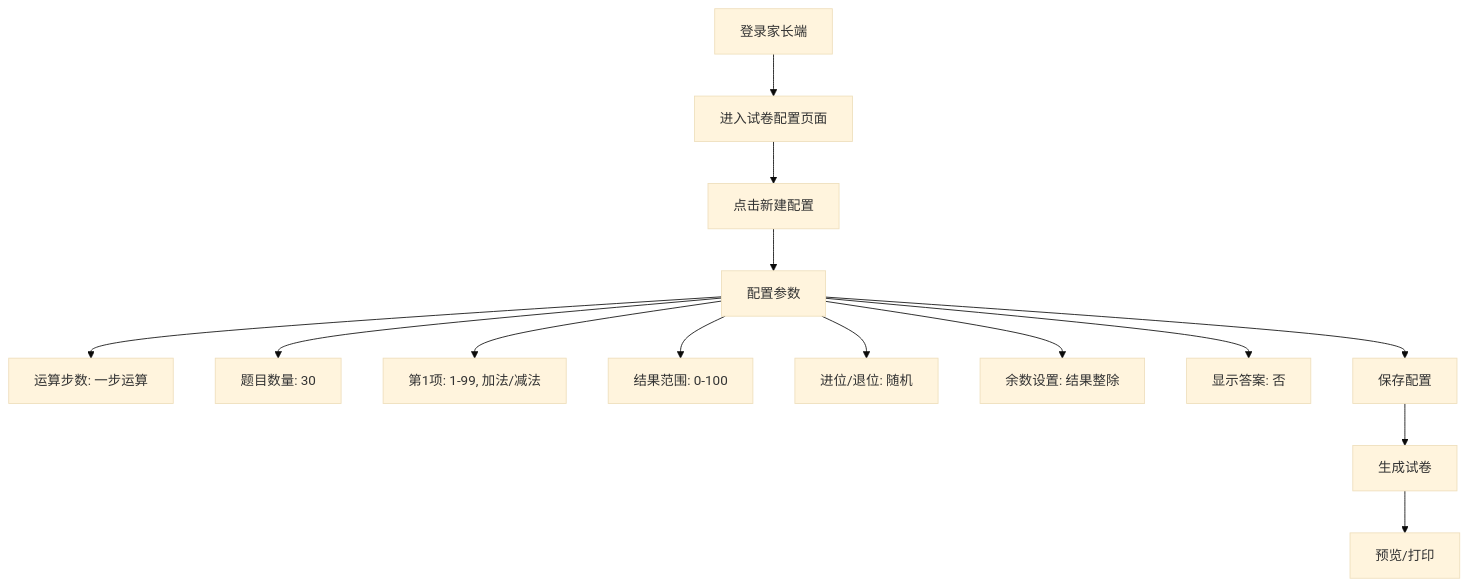
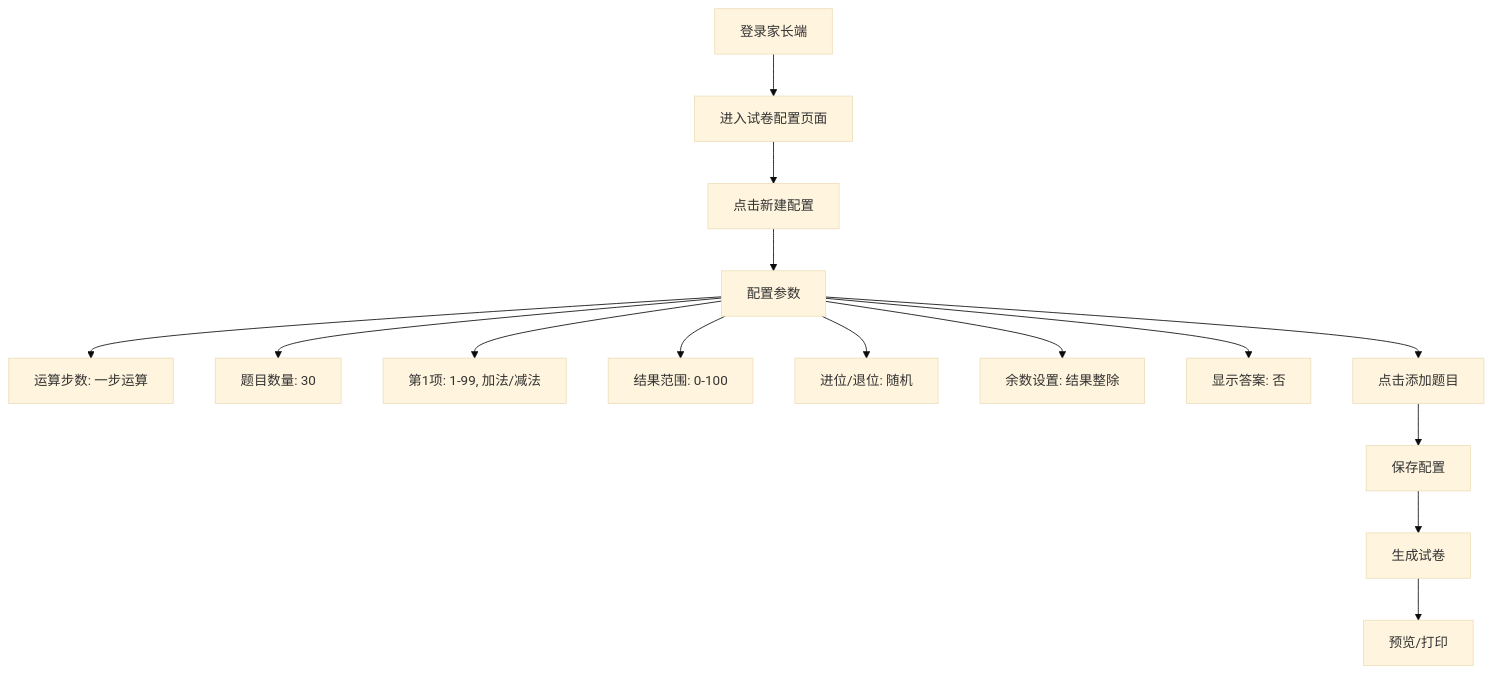
One commit to bk4ice/KidsMathQuest changed the fifth of 9 diagrams in README.md. Above: the diagram before and after it, drawn with Mermaid (base theme). The commit also changed other lines of this file and 6 other files, not shown here.

````diff
--- a/README.md
+++ b/README.md
@@ -549,16 +562,17 @@
 ```mermaid
 flowchart TD
     A[登录家长端] --> B[进入试卷配置页面]
     B --> C[点击新建配置]
     C --> D[配置参数]
     D --> D1[运算步数: 一步运算]
     D --> D2[题目数量: 30]
     D --> D3[第1项: 1-99, 加法/减法]
     D --> D4[结果范围: 0-100]
     D --> D5[进位/退位: 随机]
     D --> D6[余数设置: 结果整除]
     D --> D7[显示答案: 否]
-    D --> E[保存配置]
-    E --> F[生成试卷]
-    F --> G[预览/打印]
+    D --> E[点击添加题目]
+    E --> F[保存配置]
+    F --> G[生成试卷]
+    G --> H[预览/打印]
 ```
````
